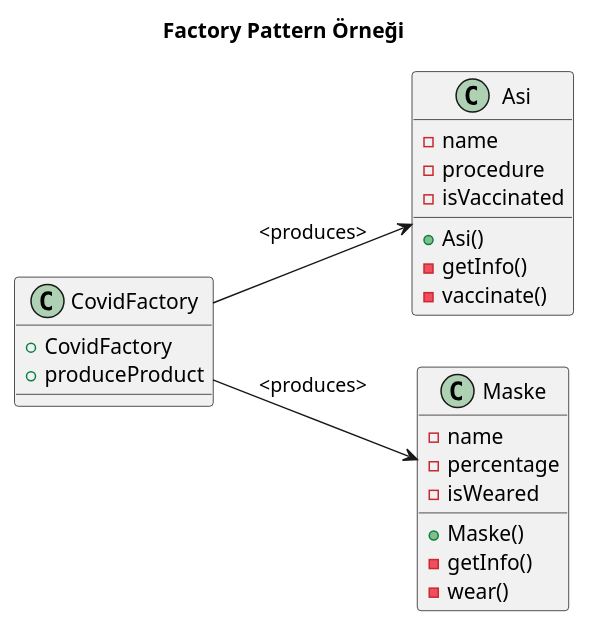
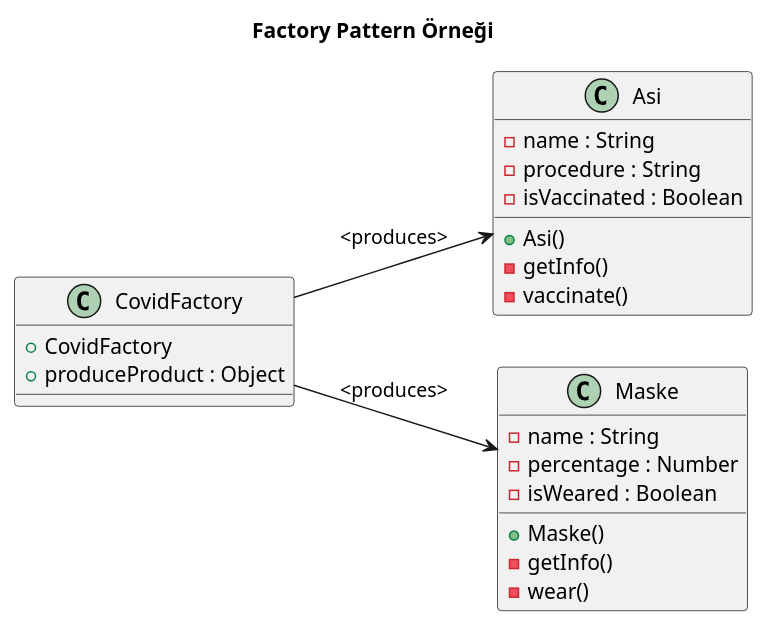
Before and after one commit to atagulalan/typescript-design-patterns: the diagram in factory/factory.puml, drawn with PlantUML. The commit also changed 5 other files, not shown here.

Commit message:
Updated Factory & Singleton Diagrams

```diff
--- a/factory/factory.puml
+++ b/factory/factory.puml
@@ -1,32 +1,32 @@
 @startuml
 left to right direction
 
 title Factory Pattern Örneği
 
 class Asi {
-  -name
-  -procedure
-  -isVaccinated
+  -name : String
+  -procedure : String
+  -isVaccinated : Boolean
   +Asi()
   -getInfo()
   -vaccinate()
 }
 
 class Maske {
-  -name
-  -percentage
-  -isWeared
+  -name : String
+  -percentage : Number
+  -isWeared : Boolean
   +Maske()
   -getInfo()
   -wear()
 }
 
 class CovidFactory {
   +CovidFactory
-  +produceProduct
+  +produceProduct : Object
 }
 
 CovidFactory --> Maske : <produces>
 CovidFactory --> Asi : <produces>
 
 @enduml
```
